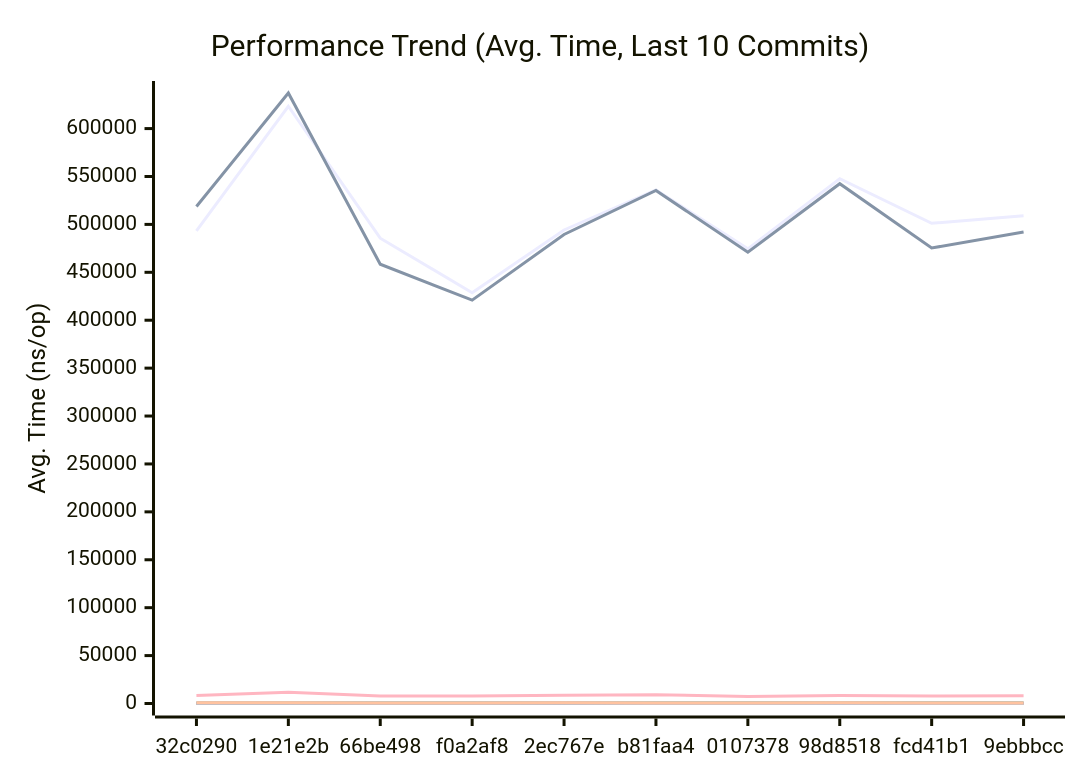
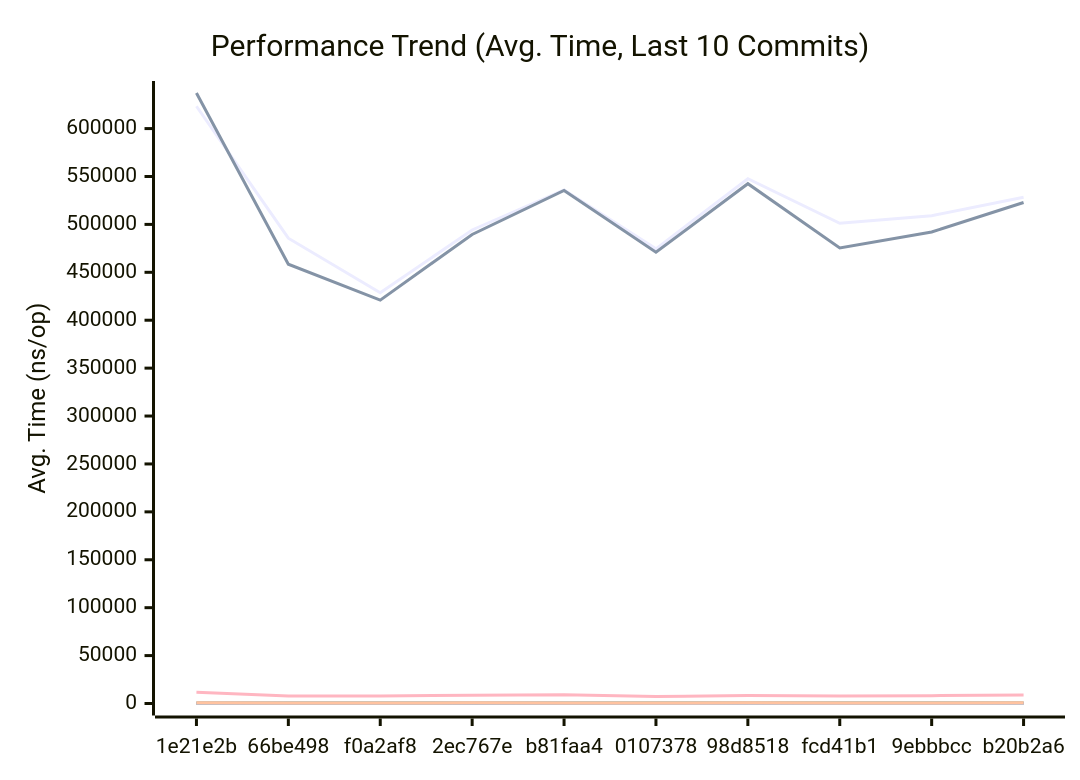
Before and after one commit to alsotoes/momo: the first of 3 diagrams in docs/PERFORMANCE.md, drawn with Mermaid. The commit also changed other lines of this file and 5 other files, not shown here.

````diff
--- a/docs/PERFORMANCE.md
+++ b/docs/PERFORMANCE.md
@@ -145,20 +145,20 @@
 ```mermaid
 xychart-beta
     title "Performance Trend (Avg. Time, Last 10 Commits)"
     x-axis "Commit"
     y-axis "Avg. Time (ns/op)"
-    x-axis [32c0290,1e21e2b,66be498,f0a2af8,2ec767e,b81faa4,0107378,98d8518,fcd41b1,9ebbbcc]
-    line "AWSChunkedReaderSigned" [493329,623314,485586,428699,494161,536055,474487,547638,501193,509071]
-    line "AWSChunkedReaderUnsigned" [518620,637133,458443,420916,489488,535372,470934,542477,475383,492103]
-    line "CheckMetricsAndSwap" [10,13,9,8,8,11,8,9,8,10]
-    line "CrushOptimized" [353,419,355,342,351,359,357,366,378,382]
-    line "CrushOriginal" [549,628,459,465,587,501,444,519,462,546]
-    line "IndexDirectTracking" [0,1,0,0,0,0,0,0,0,0]
-    line "IndexSearch" [2,3,3,3,3,3,3,3,3,3]
-    line "LoadGlobalConfig" [8352,11680,7877,7811,8699,9154,7311,8381,7902,8218]
-    line "PadString" [53,64,43,49,49,50,41,54,44,44]
+    x-axis [1e21e2b,66be498,f0a2af8,2ec767e,b81faa4,0107378,98d8518,fcd41b1,9ebbbcc,b20b2a6]
+    line "AWSChunkedReaderSigned" [623314,485586,428699,494161,536055,474487,547638,501193,509071,528312]
+    line "AWSChunkedReaderUnsigned" [637133,458443,420916,489488,535372,470934,542477,475383,492103,522857]
+    line "CheckMetricsAndSwap" [13,9,8,8,11,8,9,8,10,9]
+    line "CrushOptimized" [419,355,342,351,359,357,366,378,382,361]
+    line "CrushOriginal" [628,459,465,587,501,444,519,462,546,506]
+    line "IndexDirectTracking" [1,0,0,0,0,0,0,0,0,0]
+    line "IndexSearch" [3,3,3,3,3,3,3,3,3,4]
+    line "LoadGlobalConfig" [11680,7877,7811,8699,9154,7311,8381,7902,8218,8801]
+    line "PadString" [64,43,49,49,50,41,54,44,44,53]
     line "ParseReplicationOrder_NoPrealloc" [350,349,357,354,345,225,229,165,232,234]
     line "ParseReplicationOrder_Prealloc" [229,231,237,234,229,108,107,80,110,109]
-    line "SanitizeLog/Safe" [440,585,444,426,532,520,440,468,490,508]
-    line "SanitizeLog/Unsafe" [669,794,568,519,657,616,544,677,581,581]
+    line "SanitizeLog/Safe" [585,444,426,532,520,440,468,490,508,436]
+    line "SanitizeLog/Unsafe" [794,568,519,657,616,544,677,581,581,694]
 ```
````
